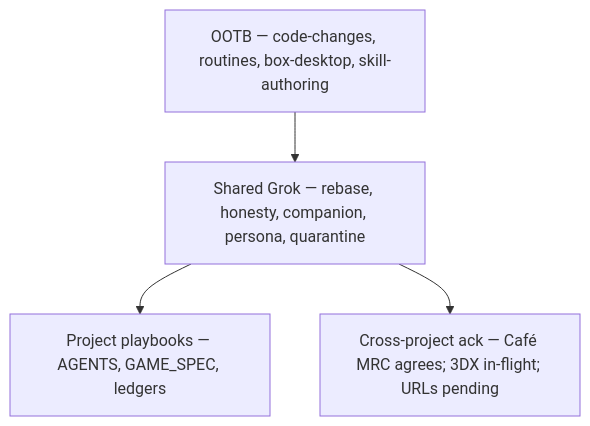
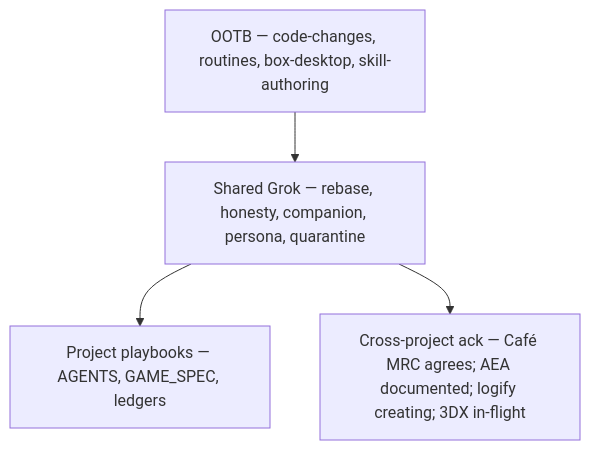
One commit to artofdream/zorg-dungeon changed the diagram in docs/SKILL_MATRIX.md. Above: the diagram before and after it, drawn with Mermaid. The commit also changed other lines of this file and 3 other files, not shown here.

First line of the commit message:
docs: fold AEA #433 and logify #22/#23 into skill matrix

````diff
--- a/docs/SKILL_MATRIX.md
+++ b/docs/SKILL_MATRIX.md
@@ -20,10 +20,10 @@
 ```mermaid
 flowchart TB
   ootb["OOTB — code-changes, routines, box-desktop, skill-authoring"]
   shared["Shared Grok — rebase, honesty, companion, persona, quarantine"]
   playbooks["Project playbooks — AGENTS, GAME_SPEC, ledgers"]
-  fit["Cross-project ack — Café MRC agrees; 3DX in-flight; URLs pending"]
+  fit["Cross-project ack — Café MRC agrees; AEA documented; logify creating; 3DX in-flight"]
   ootb --> shared
   shared --> playbooks
   shared --> fit
 ```
````
